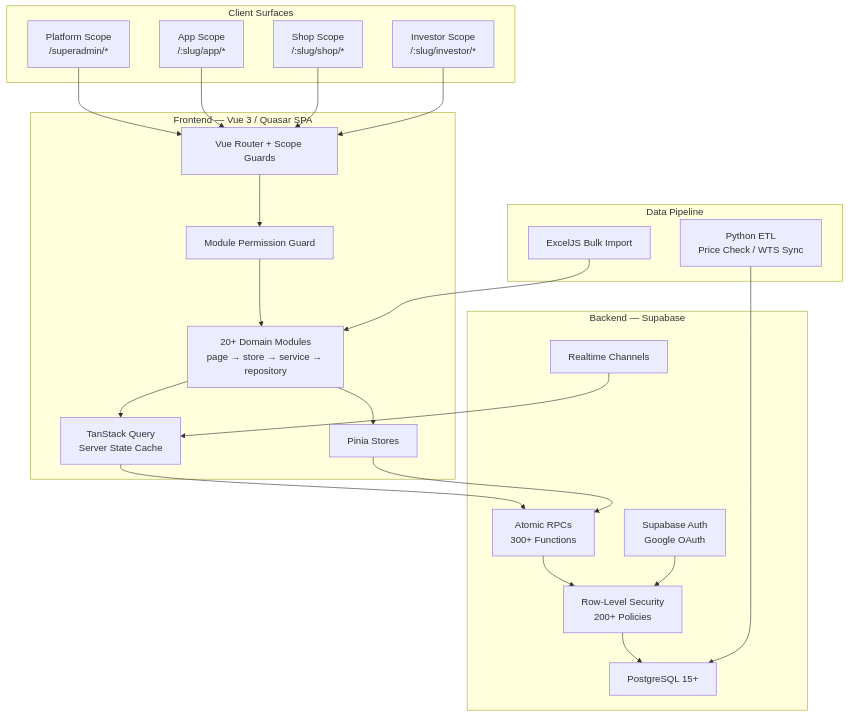
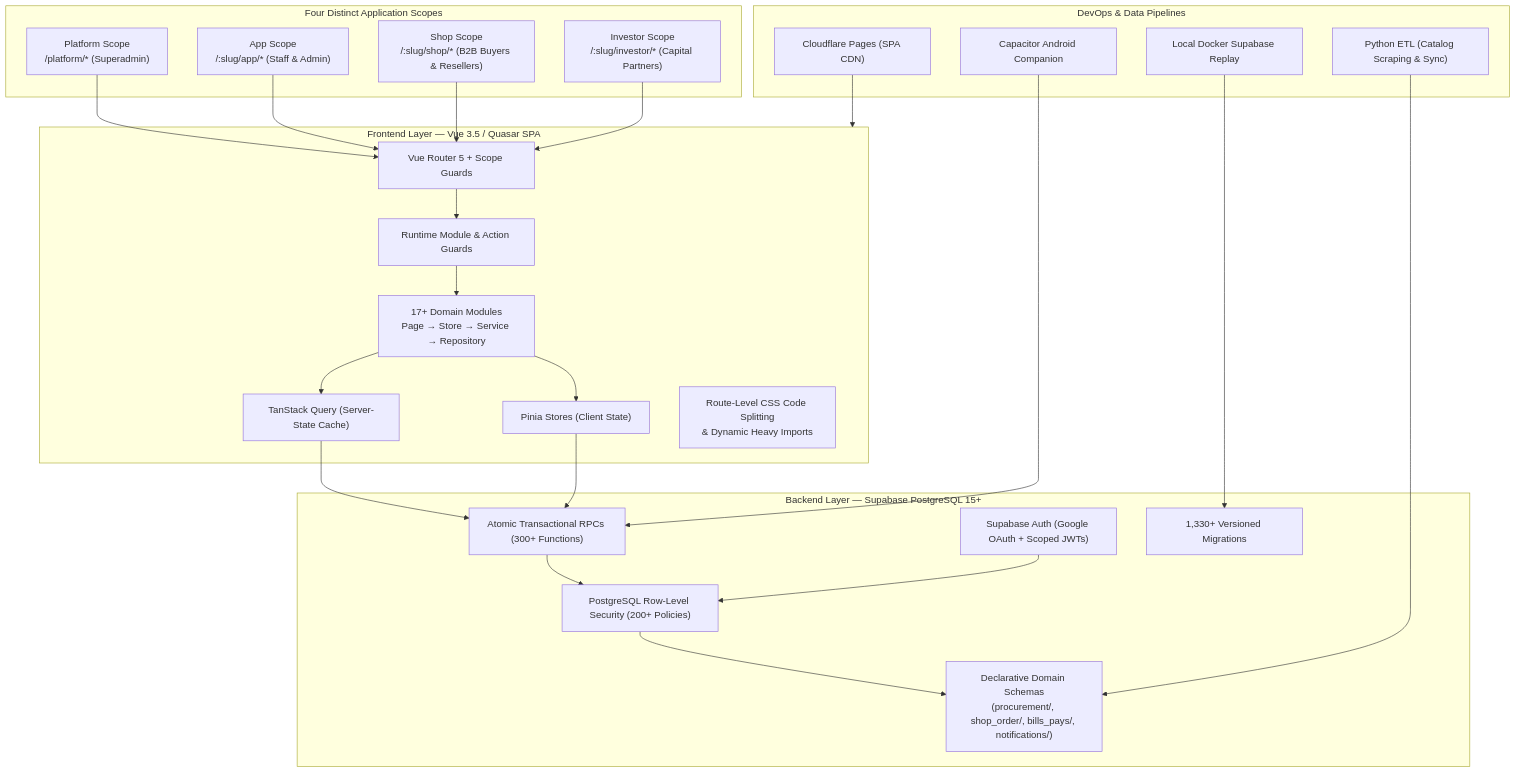
Before and after one commit to marceldavidbaroi/portfolio-astro: the second of 10 diagrams in src/content/projects/01-tradeflowbd.md, drawn with Mermaid. The commit also changed other lines of this file and 90 other files, not shown here.

````diff
--- a/src/content/projects/01-tradeflowbd.md
+++ b/src/content/projects/01-tradeflowbd.md
@@ -267,41 +219,45 @@
 ```mermaid
 flowchart TB
-    subgraph Clients ["Client Surfaces"]
-        PLATFORM["Platform Scope<br/>/superadmin/*"]
-        APP["App Scope<br/>/:slug/app/*"]
-        SHOP["Shop Scope<br/>/:slug/shop/*"]
-        INVESTOR["Investor Scope<br/>/:slug/investor/*"]
+    subgraph Clients ["Four Distinct Application Scopes"]
+        PLATFORM["Platform Scope<br/>/platform/* (Superadmin)"]
+        APP["App Scope<br/>/:slug/app/* (Staff & Admin)"]
+        SHOP["Shop Scope<br/>/:slug/shop/* (B2B Buyers & Resellers)"]
+        INVESTOR["Investor Scope<br/>/:slug/investor/* (Capital Partners)"]
     end
 
-    subgraph Frontend ["Frontend — Vue 3 / Quasar SPA"]
-        ROUTER["Vue Router + Scope Guards"]
-        PERMS["Module Permission Guard"]
-        TQ["TanStack Query<br/>Server State Cache"]
-        PINIA["Pinia Stores"]
-        MODULES["20+ Domain Modules<br/>page → store → service → repository"]
+    subgraph Frontend ["Frontend Layer — Vue 3.5 / Quasar SPA"]
+        ROUTER["Vue Router 5 + Scope Guards"]
+        PERMS["Runtime Module & Action Guards"]
+        TQ["TanStack Query (Server-State Cache)"]
+        PINIA["Pinia Stores (Client State)"]
+        MODULES["17+ Domain Modules<br/>Page → Store → Service → Repository"]
+        PERF["Route-Level CSS Code Splitting<br/>& Dynamic Heavy Imports"]
     end
 
-    subgraph Backend ["Backend — Supabase"]
-        AUTH["Supabase Auth<br/>Google OAuth"]
-        RLS["Row-Level Security<br/>200+ Policies"]
-        RPC["Atomic RPCs<br/>300+ Functions"]
-        RT["Realtime Channels"]
-        DB["PostgreSQL 15+"]
+    subgraph Backend ["Backend Layer — Supabase PostgreSQL 15+"]
+        AUTH["Supabase Auth (Google OAuth + Scoped JWTs)"]
+        RLS["PostgreSQL Row-Level Security (200+ Policies)"]
+        RPC["Atomic Transactional RPCs (300+ Functions)"]
+        SCHEMAS["Declarative Domain Schemas<br/>(procurement/, shop_order/, bills_pays/, notifications/)"]
+        MIG["1,330+ Versioned Migrations"]
     end
 
-    subgraph Pipeline ["Data Pipeline"]
-        PYTHON["Python ETL<br/>Price Check / WTS Sync"]
-        EXCEL["ExcelJS Bulk Import"]
+    subgraph External ["DevOps & Data Pipelines"]
+        CF["Cloudflare Pages (SPA CDN)"]
+        DOCKER["Local Docker Supabase Replay"]
+        PYTHON["Python ETL (Catalog Scraping & Sync)"]
+        CAPACITOR["Capacitor Android Companion"]
     end
 
     PLATFORM & APP & SHOP & INVESTOR --> ROUTER
     ROUTER --> PERMS --> MODULES
     MODULES --> TQ & PINIA
     TQ --> RPC
     PINIA --> RPC
-    RPC --> RLS --> DB
+    RPC --> RLS --> SCHEMAS
     AUTH --> RLS
-    RT --> TQ
-    PYTHON --> DB
-    EXCEL --> MODULES
+    CF --> Frontend
+    DOCKER --> MIG
+    PYTHON --> SCHEMAS
+    CAPACITOR --> RPC
 ```
````
